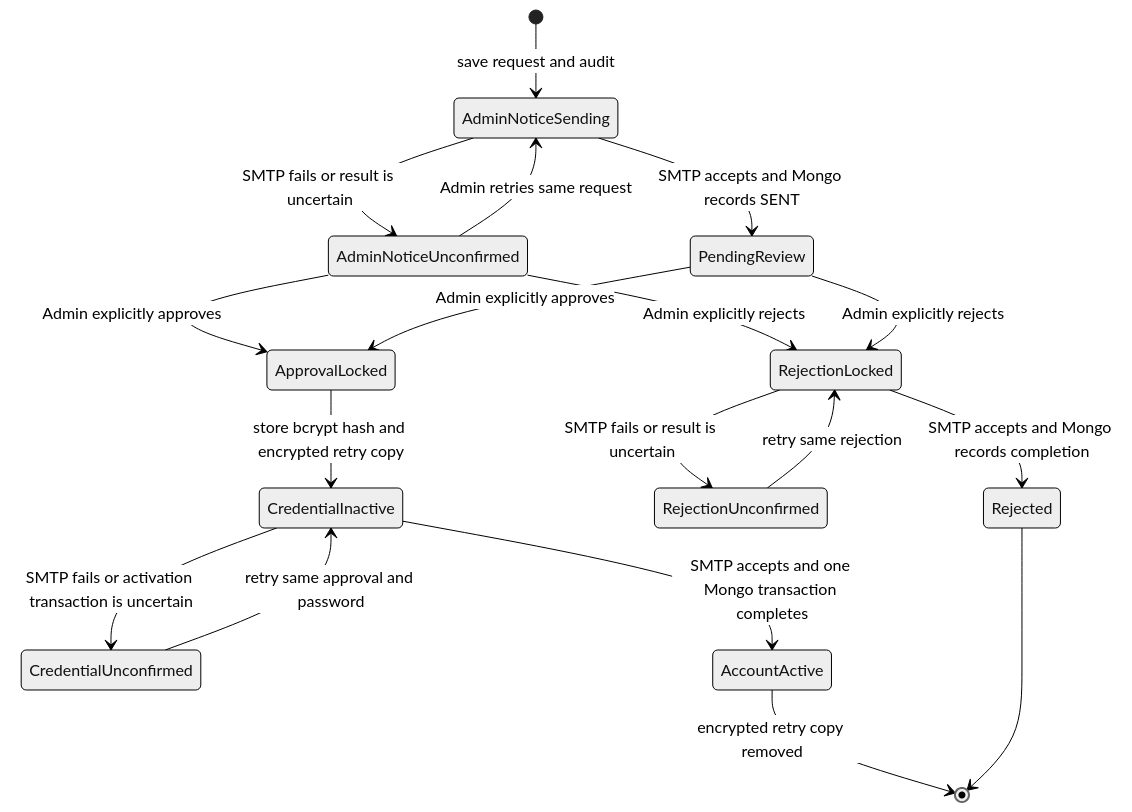
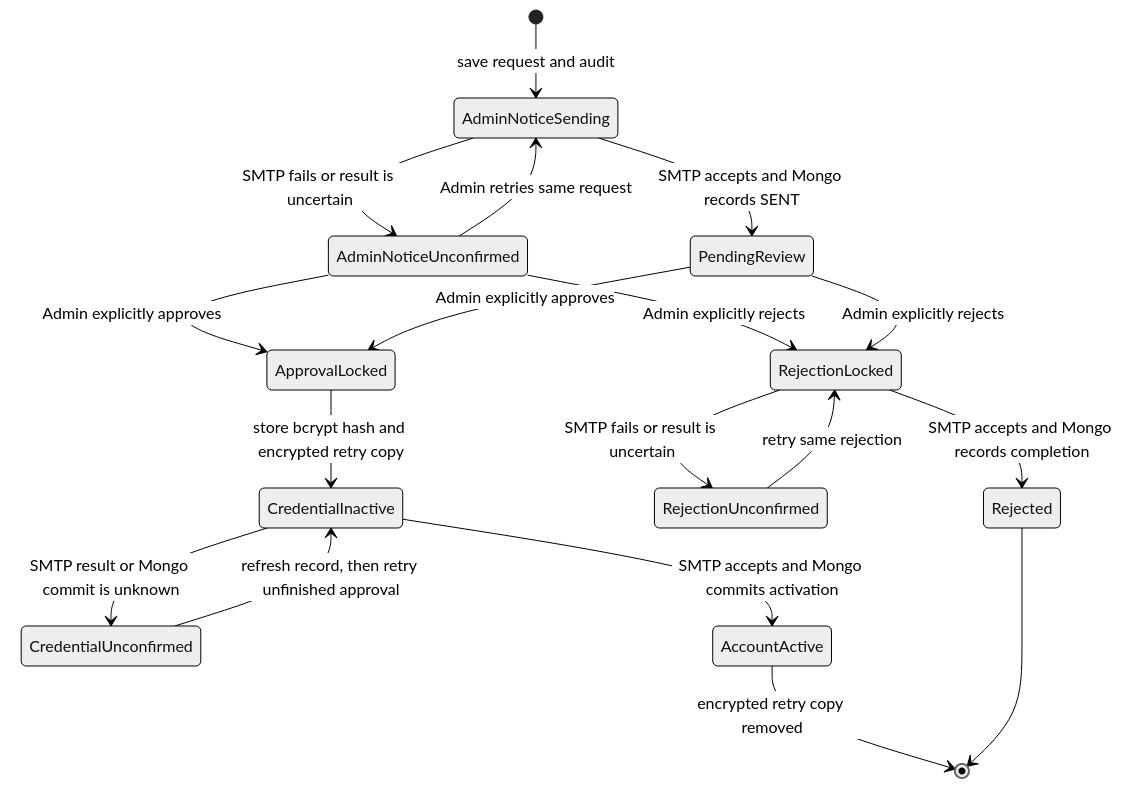
One commit to Tienkhoaa2908/NSC-helpdesk---MLAI-hackathon-2026 changed the diagram in docs/IDENTITY-ONBOARDING-RESEARCH.md. Above: the diagram before and after it, drawn with Mermaid (neutral theme). The commit also changed other lines of this file and 24 other files, not shown here.

````diff
--- a/docs/IDENTITY-ONBOARDING-RESEARCH.md
+++ b/docs/IDENTITY-ONBOARDING-RESEARCH.md
@@ -34,20 +25,20 @@
 ```mermaid
 stateDiagram-v2
   [*] --> AdminNoticeSending: save request and audit
   AdminNoticeSending --> PendingReview: SMTP accepts and Mongo records SENT
   AdminNoticeSending --> AdminNoticeUnconfirmed: SMTP fails or result is uncertain
   AdminNoticeUnconfirmed --> AdminNoticeSending: Admin retries same request
   AdminNoticeUnconfirmed --> ApprovalLocked: Admin explicitly approves
   AdminNoticeUnconfirmed --> RejectionLocked: Admin explicitly rejects
   PendingReview --> ApprovalLocked: Admin explicitly approves
   PendingReview --> RejectionLocked: Admin explicitly rejects
   ApprovalLocked --> CredentialInactive: store bcrypt hash and encrypted retry copy
-  CredentialInactive --> CredentialUnconfirmed: SMTP fails or activation transaction is uncertain
-  CredentialUnconfirmed --> CredentialInactive: retry same approval and password
-  CredentialInactive --> AccountActive: SMTP accepts and one Mongo transaction completes
+  CredentialInactive --> CredentialUnconfirmed: SMTP result or Mongo commit is unknown
+  CredentialUnconfirmed --> CredentialInactive: refresh record, then retry unfinished approval
+  CredentialInactive --> AccountActive: SMTP accepts and Mongo commits activation
   AccountActive --> [*]: encrypted retry copy removed
   RejectionLocked --> RejectionUnconfirmed: SMTP fails or result is uncertain
   RejectionUnconfirmed --> RejectionLocked: retry same rejection
   RejectionLocked --> Rejected: SMTP accepts and Mongo records completion
   Rejected --> [*]
 ```
````
